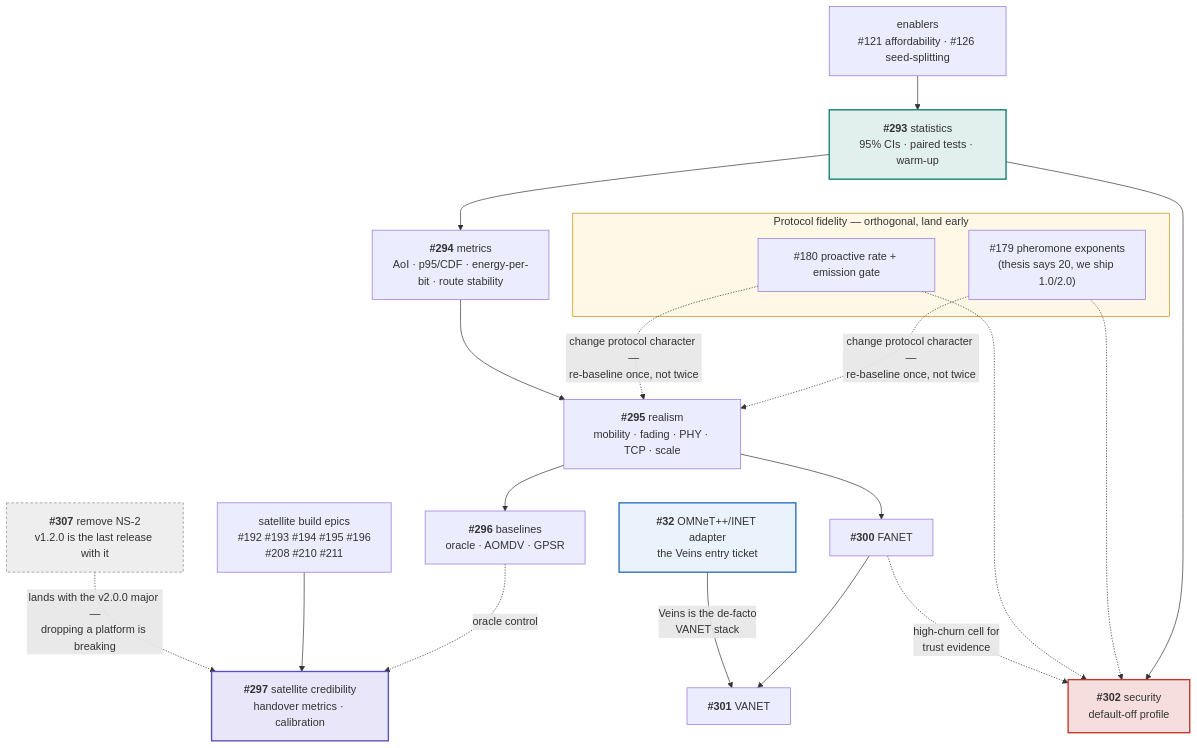
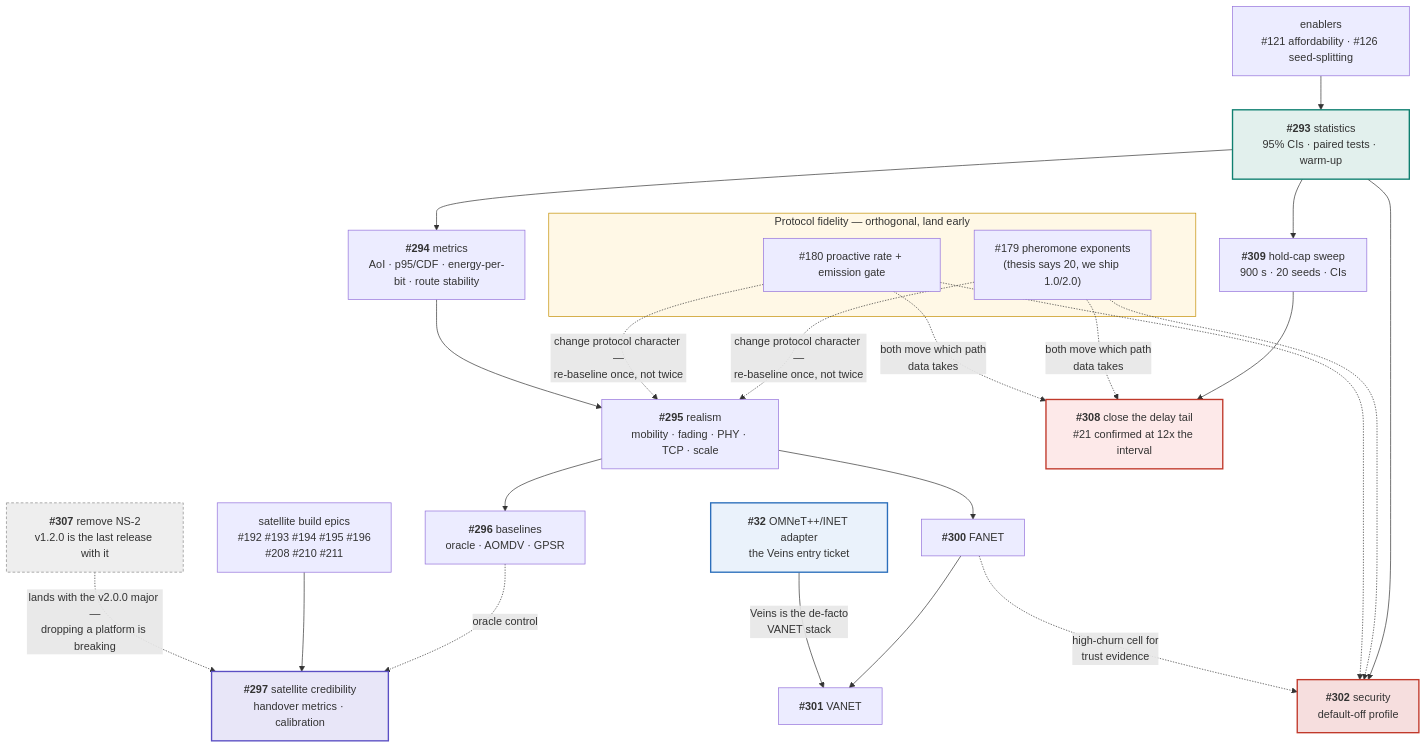
Before and after one commit to danieljoppi/AntHocNet: the second of 2 diagrams in docs/roadmap.md, drawn with Mermaid. The commit also changed other lines of this file, not shown here.

First line of the commit message:
docs: track the roadmap with release: labels; add #308 and #309 to the plan

````diff
--- a/docs/roadmap.md
+++ b/docs/roadmap.md
@@ -37,40 +62,46 @@
 ```mermaid
 flowchart TB
     subgraph FID["Protocol fidelity — orthogonal, land early"]
         F179["#179 pheromone exponents<br/>(thesis says 20, we ship 1.0/2.0)"]
         F180["#180 proactive rate + emission gate"]
     end
 
     E293["<b>#293</b> statistics<br/>95% CIs · paired tests · warm-up"]
     E294["<b>#294</b> metrics<br/>AoI · p95/CDF · energy-per-bit · route stability"]
     E295["<b>#295</b> realism<br/>mobility · fading · PHY · TCP · scale"]
     E296["<b>#296</b> baselines<br/>oracle · AOMDV · GPSR"]
     E300["<b>#300</b> FANET"]
     E301["<b>#301</b> VANET"]
     E297["<b>#297</b> satellite credibility<br/>handover metrics · calibration"]
     E302["<b>#302</b> security<br/>default-off profile"]
     E307["<b>#307</b> remove NS-2<br/>v1.2.0 is the last release with it"]
     E32["<b>#32</b> OMNeT++/INET adapter<br/>the Veins entry ticket"]
 
     SATBUILD["satellite build epics<br/>#192 #193 #194 #195 #196<br/>#208 #210 #211"]
     ENABLE["enablers<br/>#121 affordability · #126 seed-splitting"]
+    I309["<b>#309</b> hold-cap sweep<br/>900 s · 20 seeds · CIs"]
+    E308["<b>#308</b> close the delay tail<br/>#21 confirmed at 12x the interval"]
 
     ENABLE --> E293
+    E293 --> I309
+    I309 --> E308
+    F179 & F180 -.->|"both move which path<br/>data takes"| E308
     F179 & F180 -.->|"change protocol character —<br/>re-baseline once, not twice"| E295
     E293 --> E294 --> E295 --> E296
     E295 --> E300 --> E301
     E296 -.->|"oracle control"| E297
     SATBUILD --> E297
     E293 --> E302
     F179 & F180 -.-> E302
     E307 -.->|"lands with the v2.0.0 major —<br/>dropping a platform is breaking"| E297
     E32 -->|"Veins is the de-facto<br/>VANET stack"| E301
     E300 -.->|"high-churn cell for<br/>trust evidence"| E302
 
     style E293 fill:#e2f0ed,stroke:#0f7f70,stroke-width:2px
     style E297 fill:#e8e6f8,stroke:#5b4fc4,stroke-width:2px
     style E302 fill:#f6dede,stroke:#c0392b,stroke-width:2px
     style E307 fill:#eee,stroke:#888,stroke-dasharray:4 3
     style E32 fill:#eaf2fb,stroke:#2c6fbb,stroke-width:2px
+    style E308 fill:#fde9e9,stroke:#c0392b,stroke-width:2px
     style FID fill:#fff8e6,stroke:#c48f00
 ```
````
